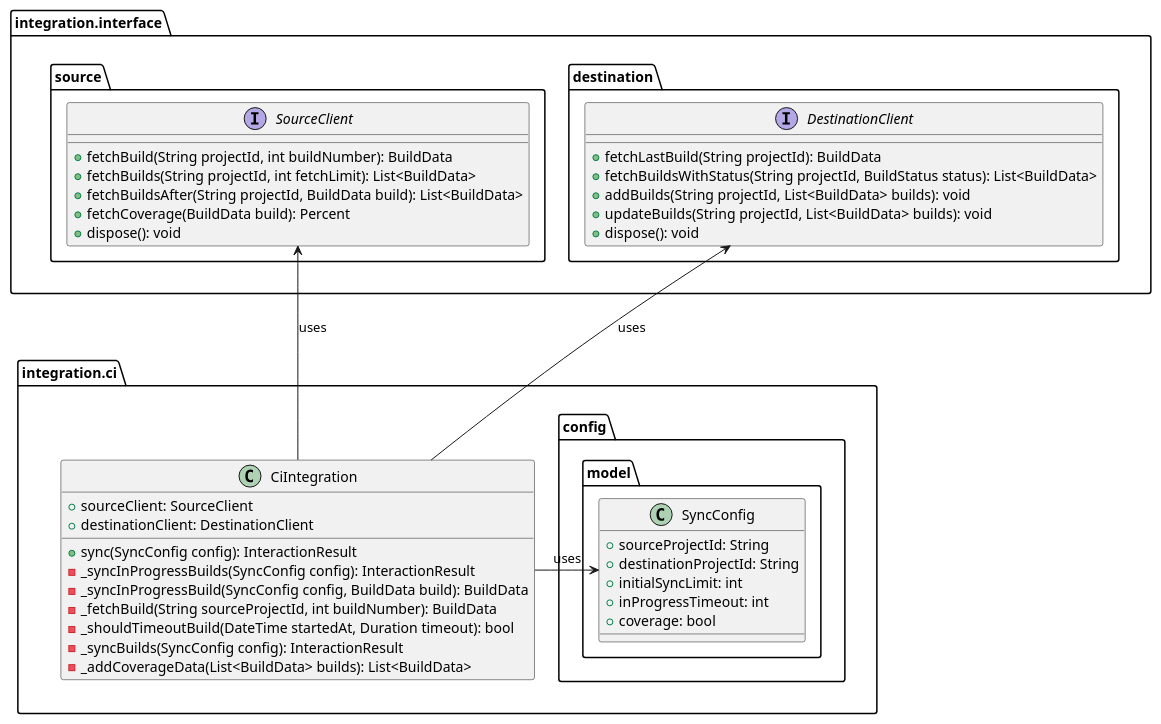
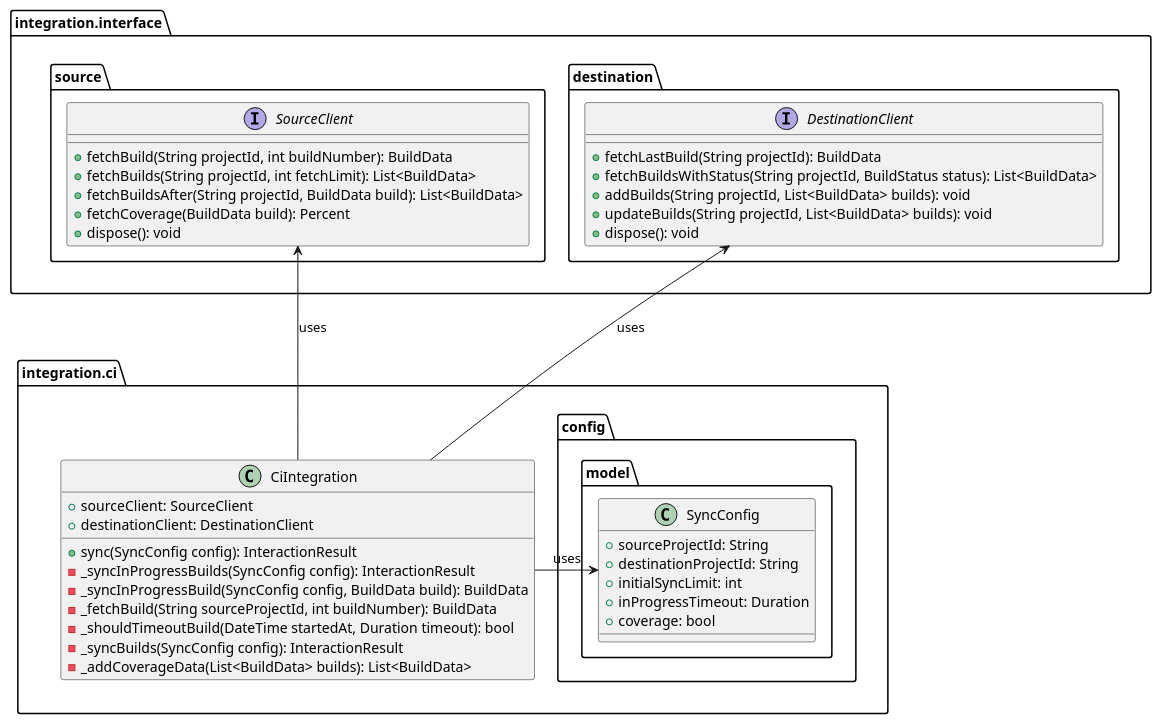
Before and after one commit to Flank/flank-dashboard: the diagram in metrics/ci_integrations/docs/diagrams/sync_algorithm_class_diagram.puml, drawn with PlantUML. The commit also changed 4 other files, not shown here.

```diff
--- a/metrics/ci_integrations/docs/diagrams/sync_algorithm_class_diagram.puml
+++ b/metrics/ci_integrations/docs/diagrams/sync_algorithm_class_diagram.puml
@@ -1,57 +1,57 @@
 @startuml sync_algorithm_class_diagram
 'https://plantuml.com/class-diagram
 
 package integration.interface as Interface {
     package source {
         interface SourceClient {
             + fetchBuild(String projectId, int buildNumber): BuildData
             + fetchBuilds(String projectId, int fetchLimit): List<BuildData>
             + fetchBuildsAfter(String projectId, BuildData build): List<BuildData>
             + fetchCoverage(BuildData build): Percent
             + dispose(): void
         }
     }
 
     package destination {
         interface DestinationClient {
             + fetchLastBuild(String projectId): BuildData
             + fetchBuildsWithStatus(String projectId, BuildStatus status): List<BuildData>
             + addBuilds(String projectId, List<BuildData> builds): void
             + updateBuilds(String projectId, List<BuildData> builds): void
             + dispose(): void
         }
     }
 }
 
 package integration.ci as CI {
     package config.model {
         class SyncConfig {
             + sourceProjectId: String
             + destinationProjectId: String
             + initialSyncLimit: int
-            + inProgressTimeout: int
+            + inProgressTimeout: Duration
             + coverage: bool
         }
     }
 
     class CiIntegration {
         + sourceClient: SourceClient
         + destinationClient: DestinationClient
         + sync(SyncConfig config): InteractionResult
         - _syncInProgressBuilds(SyncConfig config): InteractionResult
         - _syncInProgressBuild(SyncConfig config, BuildData build): BuildData
         - _fetchBuild(String sourceProjectId, int buildNumber): BuildData
         - _shouldTimeoutBuild(DateTime startedAt, Duration timeout): bool
         - _syncBuilds(SyncConfig config): InteractionResult
         - _addCoverageData(List<BuildData> builds): List<BuildData>
     }
 
     CiIntegration -right-> SyncConfig: uses
 }
 
 Interface -[hidden]down-> CI
 
 CiIntegration -up-> SourceClient: uses
 CiIntegration -up-> DestinationClient: uses
 
 @enduml
```
